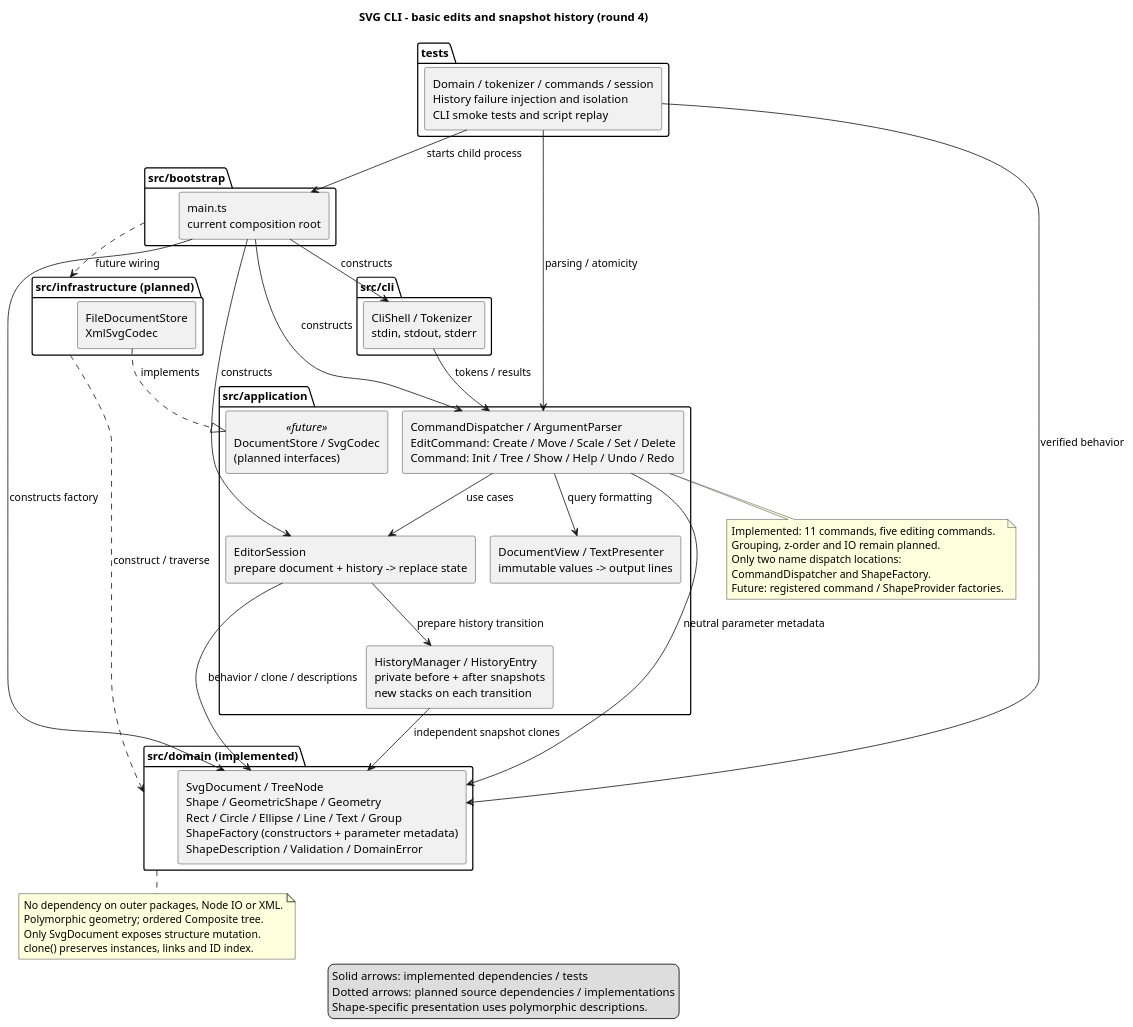
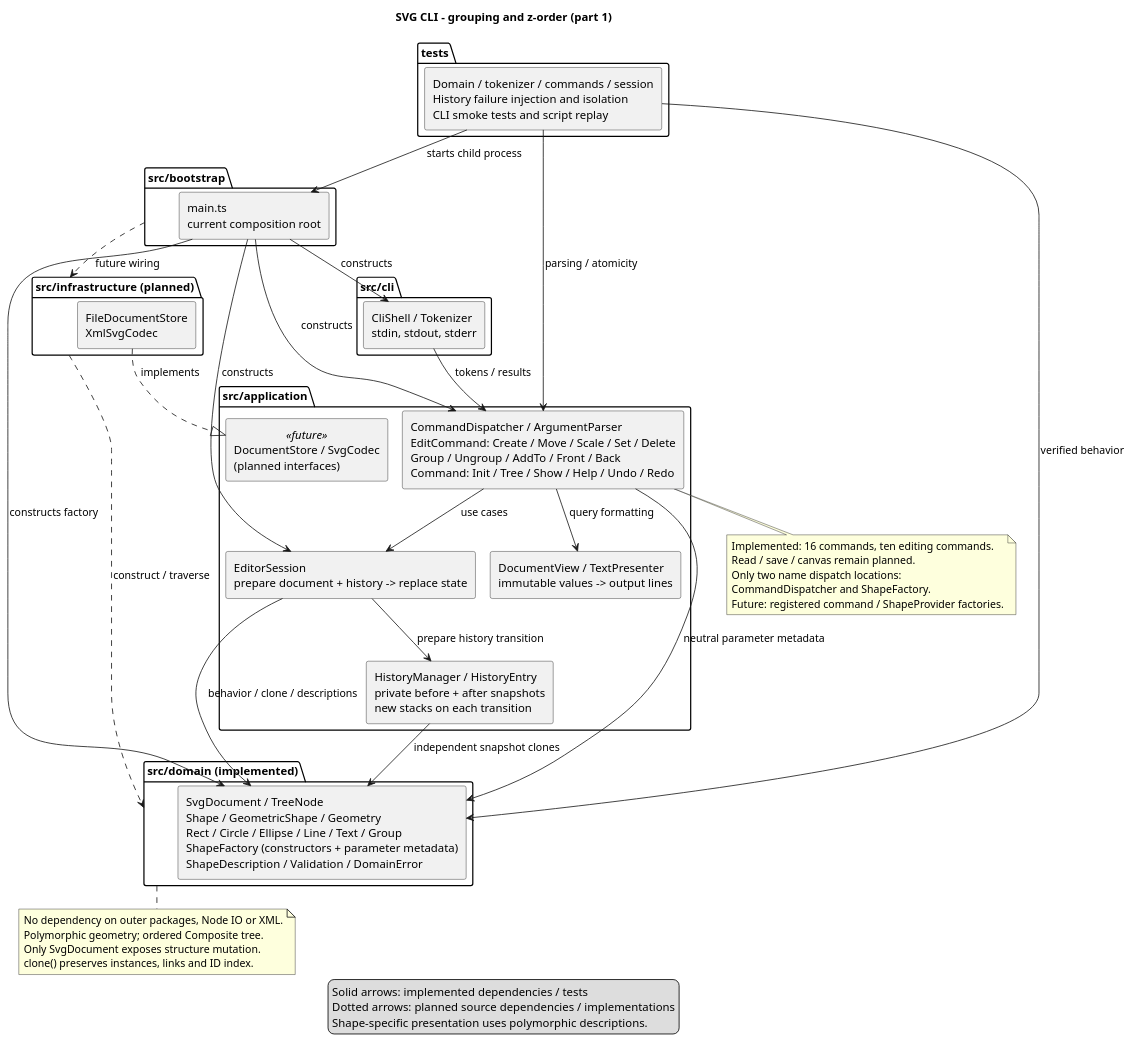
Before and after one commit to arcflute/svg-editor-cli: the diagram in doc/architecture.puml, drawn with PlantUML. The commit also changed 20 other files, not shown here.

Commit message:
feat: add atomic grouping and sibling layer commands

```diff
--- a/doc/architecture.puml
+++ b/doc/architecture.puml
@@ -1,66 +1,66 @@
 @startuml
 !pragma layout smetana
-title SVG CLI - basic edits and snapshot history (round 4)
+title SVG CLI - grouping and z-order (part 1)
 skinparam componentStyle rectangle
 skinparam shadowing false
 
 package "src/bootstrap" as Bootstrap {
   component "main.ts\ncurrent composition root" as Main
 }
 package "src/cli" as CLI {
   component "CliShell / Tokenizer\nstdin, stdout, stderr" as Shell
 }
 package "src/application" as Application {
-  component "CommandDispatcher / ArgumentParser\nEditCommand: Create / Move / Scale / Set / Delete\nCommand: Init / Tree / Show / Help / Undo / Redo" as Commands
+  component "CommandDispatcher / ArgumentParser\nEditCommand: Create / Move / Scale / Set / Delete\nGroup / Ungroup / AddTo / Front / Back\nCommand: Init / Tree / Show / Help / Undo / Redo" as Commands
   component "EditorSession\nprepare document + history -> replace state" as Session
   component "HistoryManager / HistoryEntry\nprivate before + after snapshots\nnew stacks on each transition" as History
   component "DocumentView / TextPresenter\nimmutable values -> output lines" as Presentation
   component "DocumentStore / SvgCodec\n(planned interfaces)" as Ports <<future>>
 }
 package "src/domain (implemented)" as Domain {
   component "SvgDocument / TreeNode\nShape / GeometricShape / Geometry\nRect / Circle / Ellipse / Line / Text / Group\nShapeFactory (constructors + parameter metadata)\nShapeDescription / Validation / DomainError" as Model
 }
 package "src/infrastructure (planned)" as Infrastructure {
   component "FileDocumentStore\nXmlSvgCodec" as Adapters
 }
 package "tests" as Tests {
   component "Domain / tokenizer / commands / session\nHistory failure injection and isolation\nCLI smoke tests and script replay" as Checks
 }
 
 Main --> Shell : constructs
 Main --> Commands : constructs
 Main --> Session : constructs
 Main --> Model : constructs factory
 Bootstrap ..> Infrastructure : future wiring
 Shell --> Commands : tokens / results
 Commands --> Session : use cases
 Commands --> Presentation : query formatting
 Session --> Model : behavior / clone / descriptions
 Session --> History : prepare history transition
 History --> Model : independent snapshot clones
 Commands --> Model : neutral parameter metadata
 Adapters ..|> Ports : implements
 Infrastructure ..> Domain : construct / traverse
 Checks --> Model : verified behavior
 Checks --> Commands : parsing / atomicity
 Checks --> Main : starts child process
 
 note bottom of Domain
   No dependency on outer packages, Node IO or XML.
   Polymorphic geometry; ordered Composite tree.
   Only SvgDocument exposes structure mutation.
   clone() preserves instances, links and ID index.
 end note
 note bottom of Commands
-  Implemented: 11 commands, five editing commands.
-  Grouping, z-order and IO remain planned.
+  Implemented: 16 commands, ten editing commands.
+  Read / save / canvas remain planned.
   Only two name dispatch locations:
   CommandDispatcher and ShapeFactory.
   Future: registered command / ShapeProvider factories.
 end note
 legend bottom
   Solid arrows: implemented dependencies / tests
   Dotted arrows: planned source dependencies / implementations
   Shape-specific presentation uses polymorphic descriptions.
 endlegend
 @enduml
```
